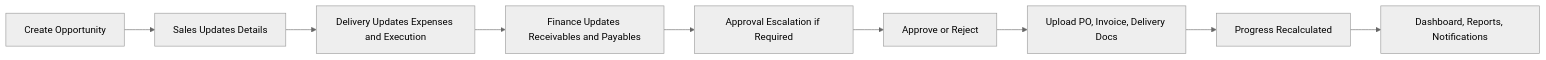
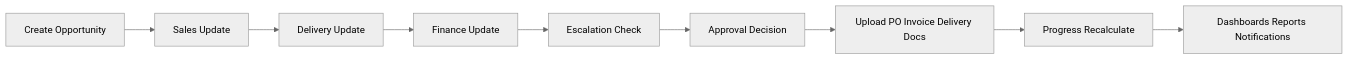
Before and after one commit to gobinath-sketch/system001: the fourth of 6 diagrams in README.md, drawn with Mermaid (neutral theme). The commit also changed other lines of this file, not shown here.

````diff
--- a/README.md
+++ b/README.md
@@ -128,11 +119,11 @@
 ```mermaid
-graph LR;
-  O1["Create Opportunity"] --> O2["Sales Updates Details"];
-  O2 --> O3["Delivery Updates Expenses and Execution"];
-  O3 --> O4["Finance Updates Receivables and Payables"];
-  O4 --> O5["Approval Escalation if Required"];
-  O5 --> O6["Approve or Reject"];
-  O6 --> O7["Upload PO, Invoice, Delivery Docs"];
-  O7 --> O8["Progress Recalculated"];
-  O8 --> O9["Dashboard, Reports, Notifications"];
+flowchart LR
+  STEP1[Create Opportunity] --> STEP2[Sales Update]
+  STEP2 --> STEP3[Delivery Update]
+  STEP3 --> STEP4[Finance Update]
+  STEP4 --> STEP5[Escalation Check]
+  STEP5 --> STEP6[Approval Decision]
+  STEP6 --> STEP7[Upload PO Invoice Delivery Docs]
+  STEP7 --> STEP8[Progress Recalculate]
+  STEP8 --> STEP9[Dashboards Reports Notifications]
 ```
````
